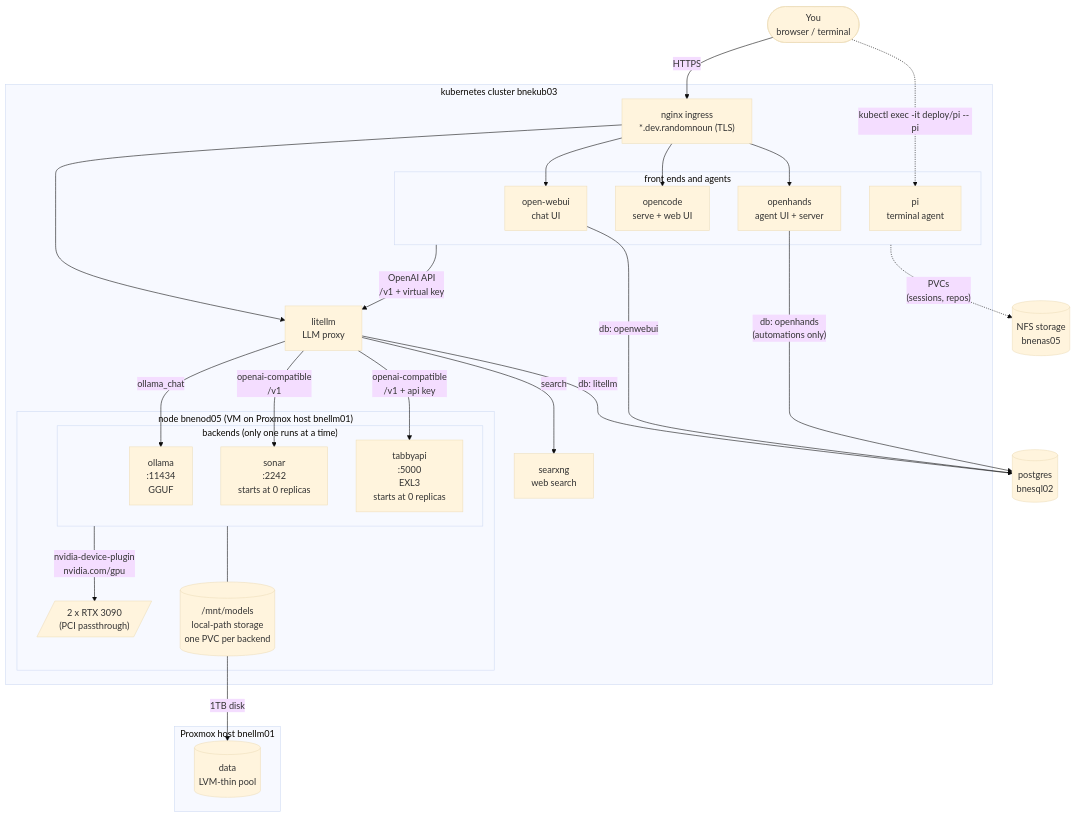
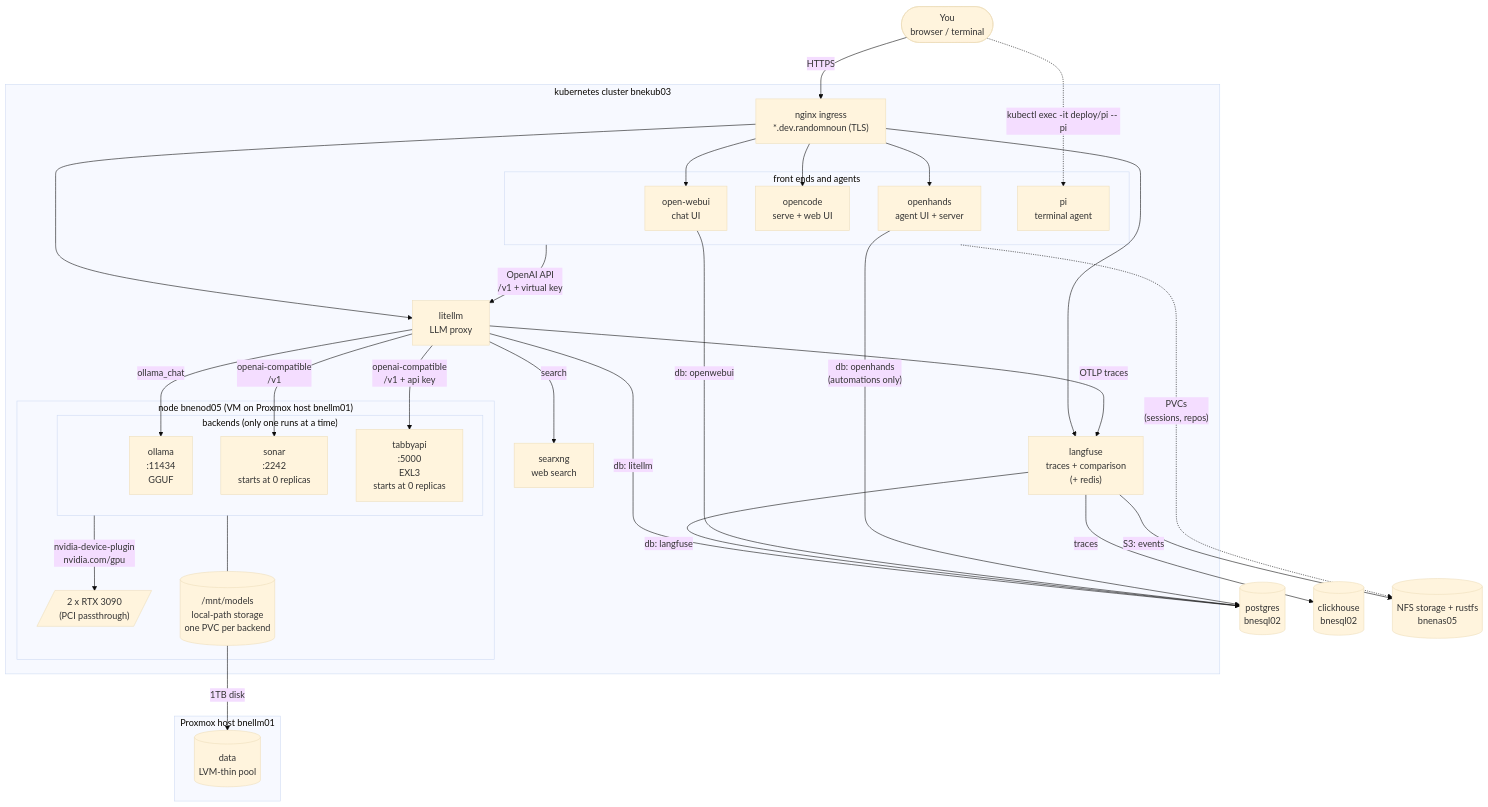
One commit to randomnoun/bookcase-ops changed the diagram in setup/SETUP-LLM.md. Above: the diagram before and after it, drawn with Mermaid (base theme). The commit also changed other lines of this file and 3 other files, not shown here.

````diff
--- a/setup/SETUP-LLM.md
+++ b/setup/SETUP-LLM.md
@@ -7,58 +7,65 @@
 ```mermaid
 flowchart TB
     user(["You<br/>browser / terminal"])
 
     subgraph k8s ["kubernetes cluster bnekub03"]
         ingress["nginx ingress<br/>*.dev.randomnoun (TLS)"]
 
         subgraph agents ["front ends and agents"]
             openwebui["open-webui<br/>chat UI"]
             opencode["opencode<br/>serve + web UI"]
             openhands["openhands<br/>agent UI + server"]
             pi["pi<br/>terminal agent"]
         end
 
         litellm["litellm<br/>LLM proxy"]
+        langfuse["langfuse<br/>traces + comparison<br/>(+ redis)"]
         searxng["searxng<br/>web search"]
 
         subgraph bnenod05 ["node bnenod05 (VM on Proxmox host bnellm01)"]
             subgraph backends ["backends (only one runs at a time)"]
                 ollama["ollama<br/>:11434<br/>GGUF"]
                 sonar["sonar<br/>:2242<br/>starts at 0 replicas"]
                 tabbyapi["tabbyapi<br/>:5000<br/>EXL3<br/>starts at 0 replicas"]
             end
             gpus[/"2 x RTX 3090<br/>(PCI passthrough)"/]
             models[("/mnt/models<br/>local-path storage<br/>one PVC per backend")]
         end
     end
 
     subgraph bnellm01 ["Proxmox host bnellm01"]
         thin[("data<br/>LVM-thin pool")]
     end
 
     pg[("postgres<br/>bnesql02")]
-    nfs[("NFS storage<br/>bnenas05")]
+    ch[("clickhouse<br/>bnesql02")]
+    nfs[("NFS storage + rustfs<br/>bnenas05")]
 
     user -->|HTTPS| ingress
     user -.->|"kubectl exec -it deploy/pi -- pi"| pi
 
     ingress --> openwebui
     ingress --> opencode
     ingress --> openhands
     ingress --> litellm
+    ingress --> langfuse
 
     agents -->|"OpenAI API<br/>/v1 + virtual key"| litellm
     litellm -->|"ollama_chat"| ollama
     litellm -->|"openai-compatible<br/>/v1"| sonar
     litellm -->|"openai-compatible<br/>/v1 + api key"| tabbyapi
     litellm -->|"search"| searxng
+    litellm -->|"OTLP traces"| langfuse
     backends -->|"nvidia-device-plugin<br/>nvidia.com/gpu"| gpus
     backends --- models
     models -->|"1TB disk"| thin
 
     litellm -->|"db: litellm"| pg
+    langfuse -->|"db: langfuse"| pg
+    langfuse -->|"traces"| ch
+    langfuse -->|"S3: events"| nfs
     openwebui -->|"db: openwebui"| pg
     openhands -->|"db: openhands<br/>(automations only)"| pg
 
     agents -.->|"PVCs<br/>(sessions, repos)"| nfs
 ```
````
